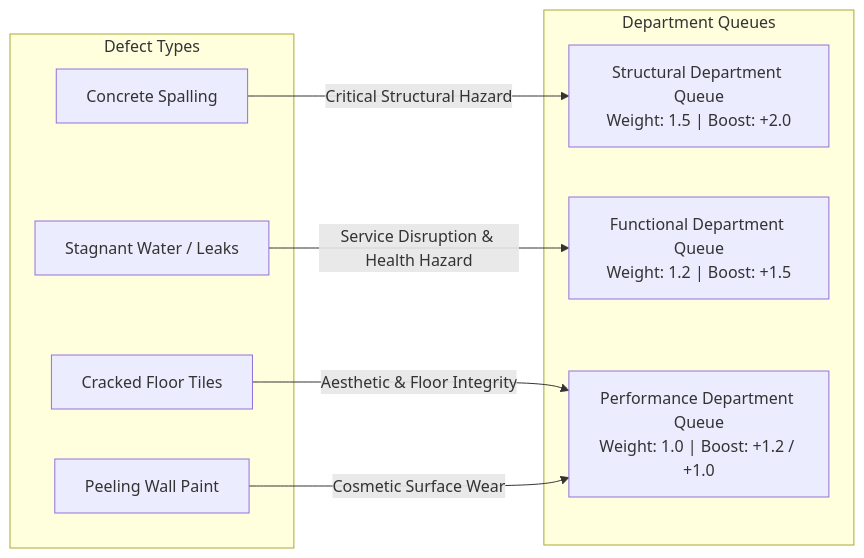
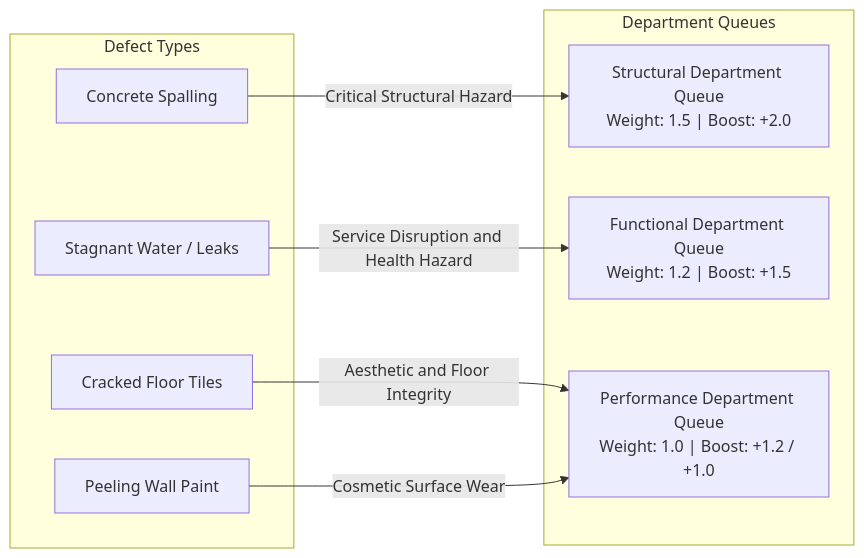
One commit to Bittu5134/InfraPulse changed the second of 3 diagrams in docs/DOCUMENTATION_REPORT.md. Above: the diagram before and after it, drawn with Mermaid. The commit also changed other lines of this file and 4 other files, not shown here.

````diff
--- a/docs/DOCUMENTATION_REPORT.md
+++ b/docs/DOCUMENTATION_REPORT.md
@@ -45,20 +45,20 @@
 ```mermaid
 graph LR
     subgraph Defect_Inputs ["Defect Types"]
         D1["Concrete Spalling"]
         D2["Stagnant Water / Leaks"]
         D3["Cracked Floor Tiles"]
         D4["Peeling Wall Paint"]
     end
 
     subgraph Department_Queues ["Department Queues"]
         Q1["Structural Department Queue<br/>Weight: 1.5 | Boost: +2.0"]
         Q2["Functional Department Queue<br/>Weight: 1.2 | Boost: +1.5"]
         Q3["Performance Department Queue<br/>Weight: 1.0 | Boost: +1.2 / +1.0"]
     end
 
     D1 -->|Critical Structural Hazard| Q1
-    D2 -->|Service Disruption & Health Hazard| Q2
-    D3 -->|Aesthetic & Floor Integrity| Q3
+    D2 -->|Service Disruption and Health Hazard| Q2
+    D3 -->|Aesthetic and Floor Integrity| Q3
     D4 -->|Cosmetic Surface Wear| Q3
 ```
````
